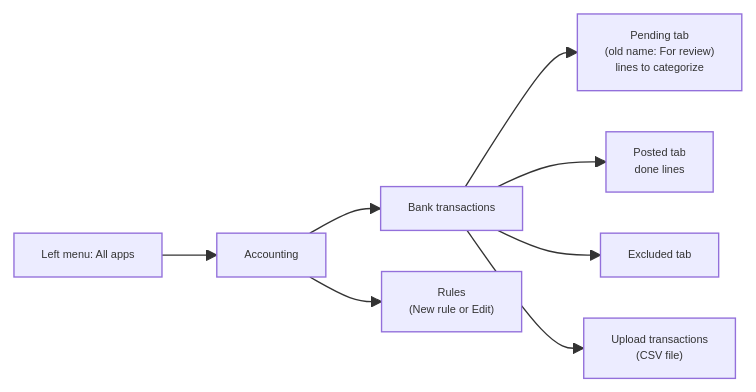
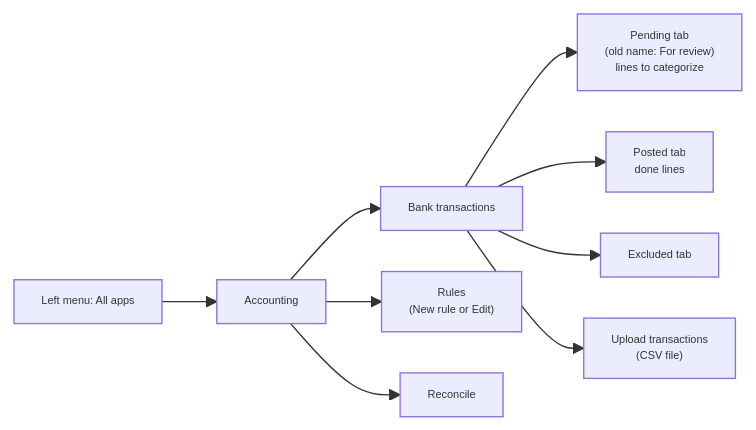
Before and after one commit to sinag-intelligence/finance-ops-build: the diagram in learning/cards/qbo-nav.md, drawn with Mermaid. The commit also changed other lines of this file and 8 other files, not shown here.

````diff
--- a/learning/cards/qbo-nav.md
+++ b/learning/cards/qbo-nav.md
@@ -10,10 +10,11 @@
 ```mermaid:
 %%{init: {"themeVariables": {"fontSize": "8px"}, "flowchart": {"nodeSpacing": 30, "rankSpacing": 40, "padding": 10}}}%%
 flowchart LR
   A["Left menu: All apps"] --> B["Accounting"] --> C["Bank transactions"]
   C --> E["Pending tab<br/>(old name: For review)<br/>lines to categorize"]
   C --> F["Posted tab<br/>done lines"]
   C --> G["Excluded tab"]
   C --> H["Upload transactions<br/>(CSV file)"]
   B --> I["Rules<br/>(New rule or Edit)"]
+  B --> D["Reconcile"]
 ```
````
